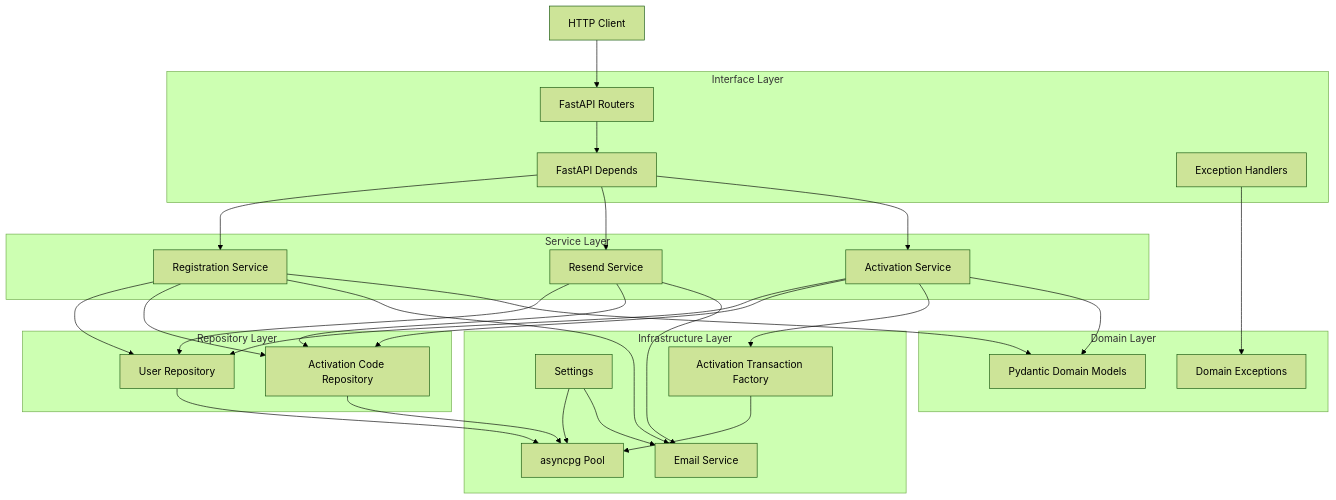
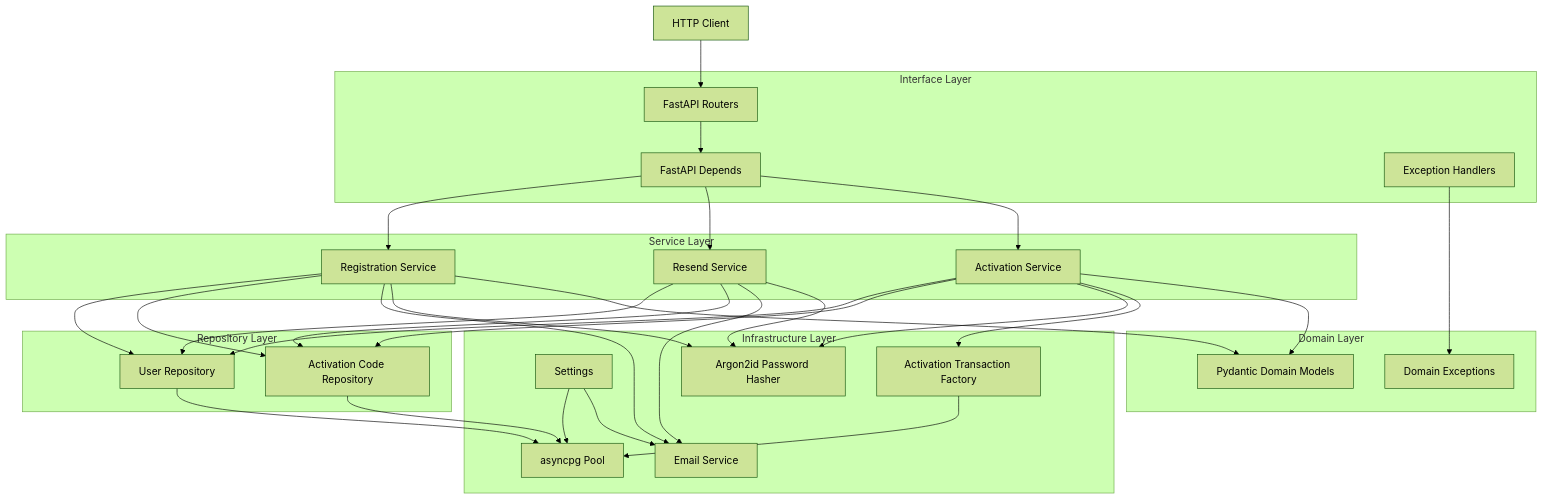
One commit to t4chyon6/registration_api changed the first of 5 diagrams in docs/architecture.md. Above: the diagram before and after it, drawn with Mermaid (forest theme). The commit also changed other lines of this file and 4 other files, not shown here.

````diff
--- a/docs/architecture.md
+++ b/docs/architecture.md
@@ -10,56 +10,60 @@
 ```mermaid
 flowchart TD
     Client["HTTP Client"]
 
     subgraph apiLayer [Interface Layer]
         Router["FastAPI Routers"]
         Dependencies["FastAPI Depends"]
         ExceptionHandlers["Exception Handlers"]
     end
 
     subgraph serviceLayer [Service Layer]
         RegistrationService["Registration Service"]
         ResendService["Resend Service"]
         ActivationService["Activation Service"]
     end
 
     subgraph domainLayer [Domain Layer]
         DomainModels["Pydantic Domain Models"]
         DomainExceptions["Domain Exceptions"]
     end
 
     subgraph repositoryLayer [Repository Layer]
         UserRepository["User Repository"]
         ActivationCodeRepository["Activation Code Repository"]
     end
 
     subgraph infrastructureLayer [Infrastructure Layer]
         Settings["Settings"]
         DatabasePool["asyncpg Pool"]
         EmailService["Email Service"]
+        PasswordHasher["Argon2id Password Hasher"]
         TransactionFactory["Activation Transaction Factory"]
     end
 
     Client --> Router
     Router --> Dependencies
     Dependencies --> RegistrationService
     Dependencies --> ResendService
     Dependencies --> ActivationService
     RegistrationService --> UserRepository
     ResendService --> UserRepository
     ActivationService --> UserRepository
     RegistrationService --> ActivationCodeRepository
     ResendService --> ActivationCodeRepository
     ActivationService --> ActivationCodeRepository
     RegistrationService --> EmailService
     ResendService --> EmailService
+    RegistrationService --> PasswordHasher
+    ResendService --> PasswordHasher
+    ActivationService --> PasswordHasher
     UserRepository --> DatabasePool
     ActivationCodeRepository --> DatabasePool
     ActivationService --> TransactionFactory
     TransactionFactory --> DatabasePool
     Settings --> DatabasePool
     Settings --> EmailService
     ExceptionHandlers --> DomainExceptions
     RegistrationService --> DomainModels
     ActivationService --> DomainModels
 ```
````
